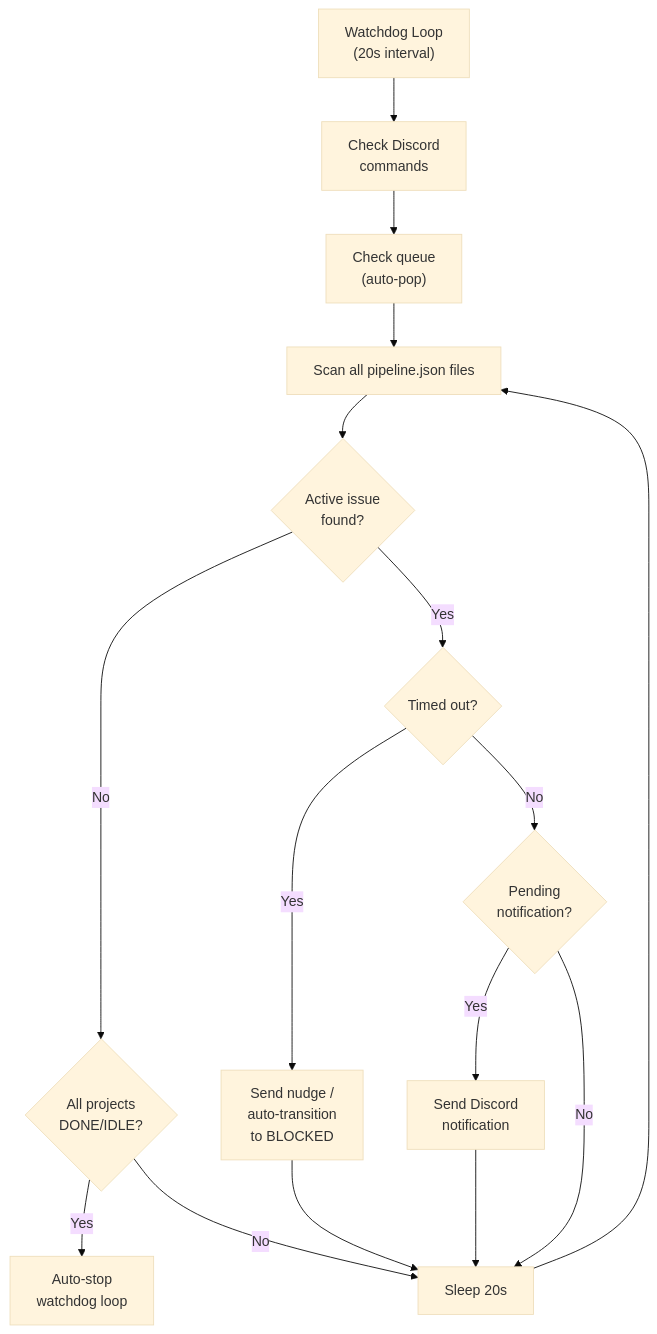
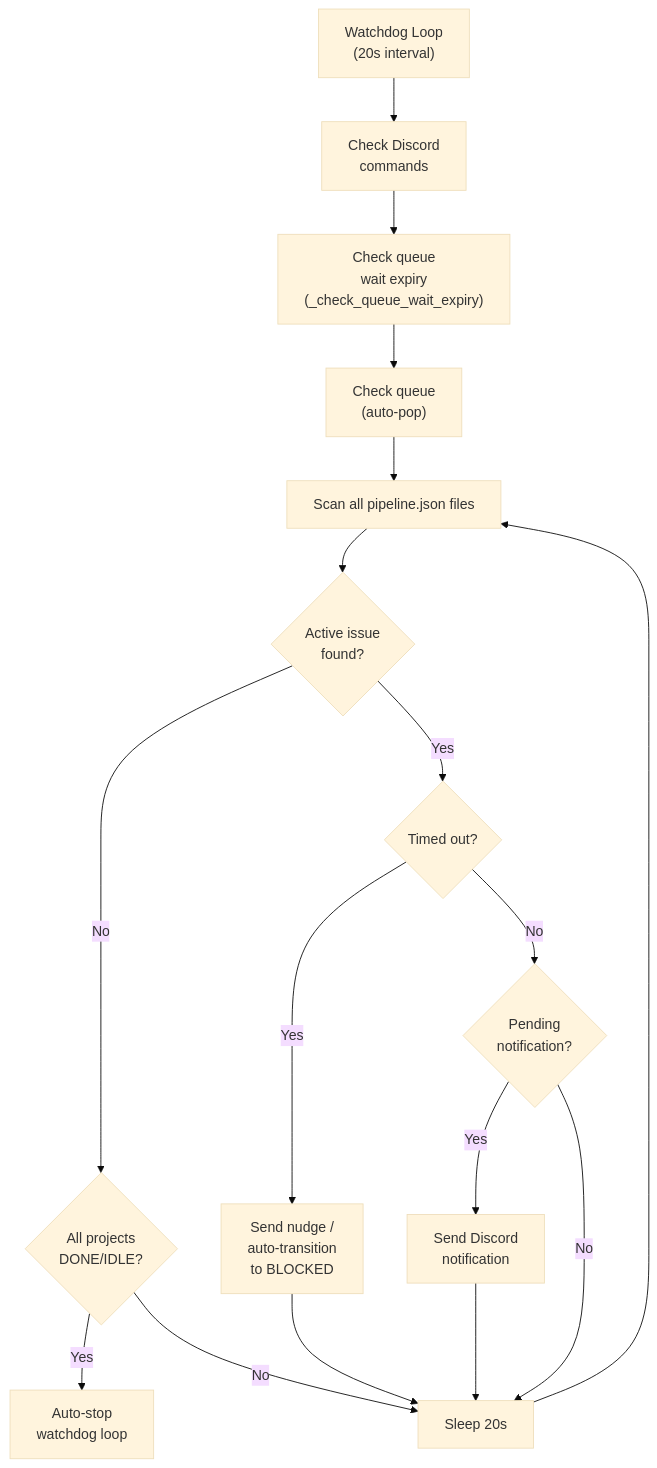
The fourth of 6 diagrams in docs/architecture.md (atakalive/gokrax), drawn with Mermaid (base theme) before and after one commit. The commit also changed other lines of this file and 8 other files, not shown here.

````diff
--- a/docs/architecture.md
+++ b/docs/architecture.md
@@ -291,18 +300,19 @@
 ```mermaid
 graph TD
     START["Watchdog Loop<br/>(20s interval)"] --> DISCORD["Check Discord<br/>commands"]
-    DISCORD --> QUEUE["Check queue<br/>(auto-pop)"]
+    DISCORD --> WAIT_CHK["Check queue<br/>wait expiry<br/>(_check_queue_wait_expiry)"]
+    WAIT_CHK --> QUEUE["Check queue<br/>(auto-pop)"]
     QUEUE --> SCAN["Scan all pipeline.json files"]
     SCAN --> CHECK{"Active issue<br/>found?"}
     CHECK -->|No| IDLE_CHECK{"All projects<br/>DONE/IDLE?"}
     IDLE_CHECK -->|Yes| STOP["Auto-stop<br/>watchdog loop"]
     IDLE_CHECK -->|No| WAIT["Sleep 20s"]
     CHECK -->|Yes| TIMEOUT{"Timed out?"}
     TIMEOUT -->|Yes| NUDGE["Send nudge /<br/>auto-transition<br/>to BLOCKED"]
     TIMEOUT -->|No| PENDING{"Pending<br/>notification?"}
     PENDING -->|Yes| NOTIFY["Send Discord<br/>notification"]
     PENDING -->|No| WAIT
     NUDGE --> WAIT
     NOTIFY --> WAIT
     WAIT --> SCAN
 ```
````
